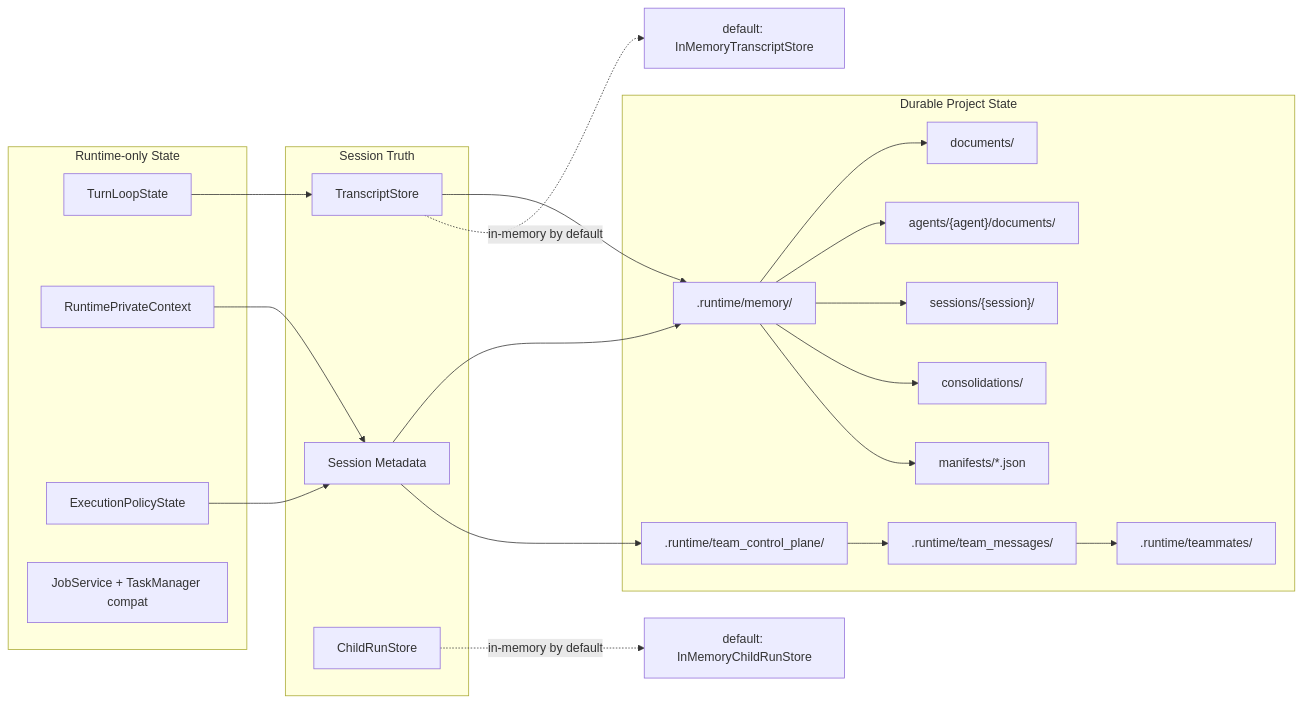
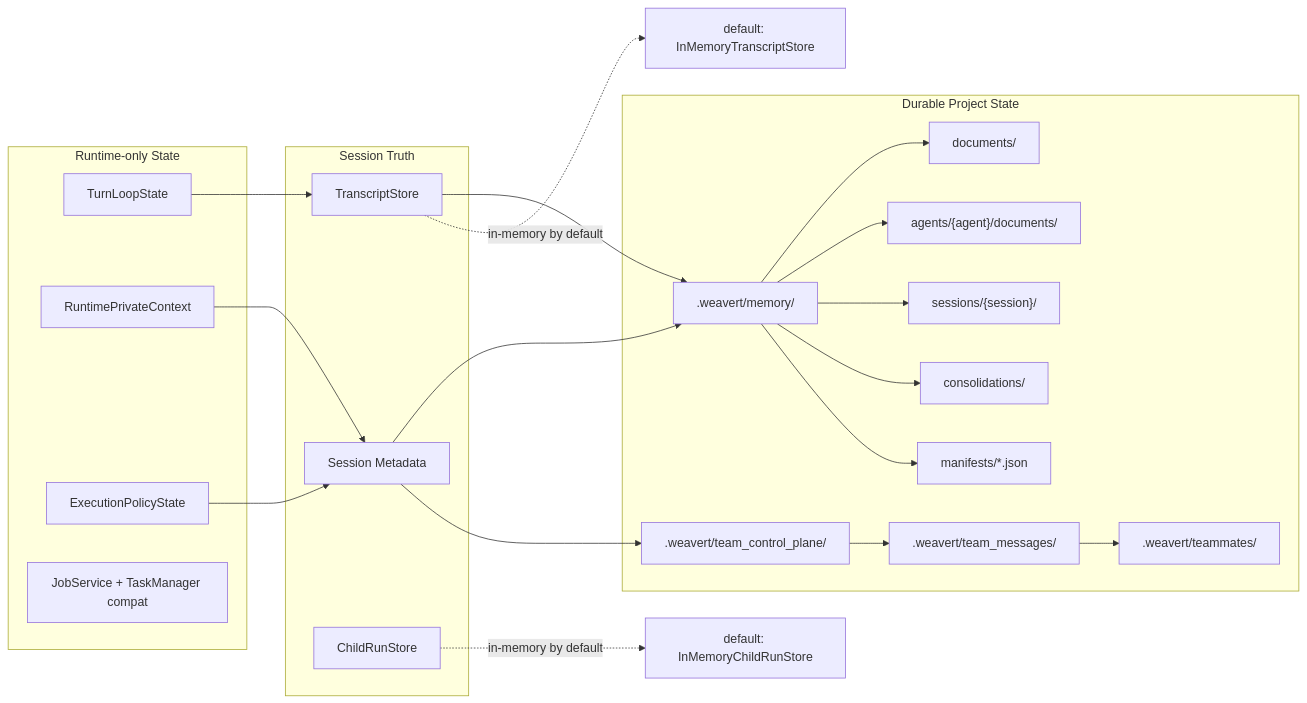
The fourth of 5 diagrams in docs/current-system-architecture.md (xyz2b/weave-ai-runtime), drawn with Mermaid before and after one commit. The commit also changed other lines of this file and 43 other files, not shown here.

Commit message:
rebrand user-facing runtime surfaces to weavert

````diff
--- a/docs/current-system-architecture.md
+++ b/docs/current-system-architecture.md
@@ -1198,46 +1198,46 @@
 ```mermaid
 flowchart LR
     subgraph RuntimeState["Runtime-only State"]
         TurnState["TurnLoopState"]
         Private["RuntimePrivateContext"]
         Policy["ExecutionPolicyState"]
         Tasks["JobService + TaskManager compat"]
     end
 
     subgraph SessionState["Session Truth"]
         Transcript["TranscriptStore"]
         Metadata["Session Metadata"]
         ChildRuns["ChildRunStore"]
     end
 
     subgraph DurableState["Durable Project State"]
-        MemoryRoot[".runtime/memory/"]
+        MemoryRoot[".weavert/memory/"]
         LongTerm["documents/"]
         AgentNS["agents/{agent}/documents/"]
         SessionMem["sessions/{session}/"]
         Cons["consolidations/"]
         Manifests["manifests/*.json"]
-        TeamControl[".runtime/team_control_plane/"]
-        TeamBus[".runtime/team_messages/"]
-        Mailbox[".runtime/teammates/"]
+        TeamControl[".weavert/team_control_plane/"]
+        TeamBus[".weavert/team_messages/"]
+        Mailbox[".weavert/teammates/"]
     end
 
     RunStoreDefault["default: InMemoryChildRunStore"]
     TranscriptDefault["default: InMemoryTranscriptStore"]
 
     TurnState --> Transcript
     Private --> Metadata
     Policy --> Metadata
     Transcript --> MemoryRoot
     Metadata --> MemoryRoot
     MemoryRoot --> LongTerm
     MemoryRoot --> AgentNS
     MemoryRoot --> SessionMem
     MemoryRoot --> Cons
     MemoryRoot --> Manifests
     Metadata --> TeamControl
     TeamControl --> TeamBus
     TeamBus --> Mailbox
     ChildRuns -. in-memory by default .-> RunStoreDefault
     Transcript -. in-memory by default .-> TranscriptDefault
 ```
````
